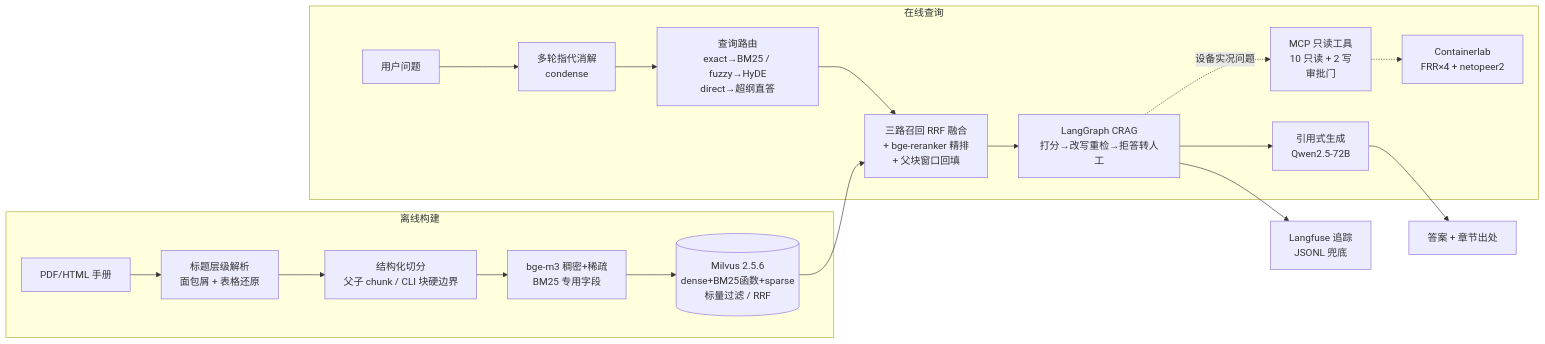
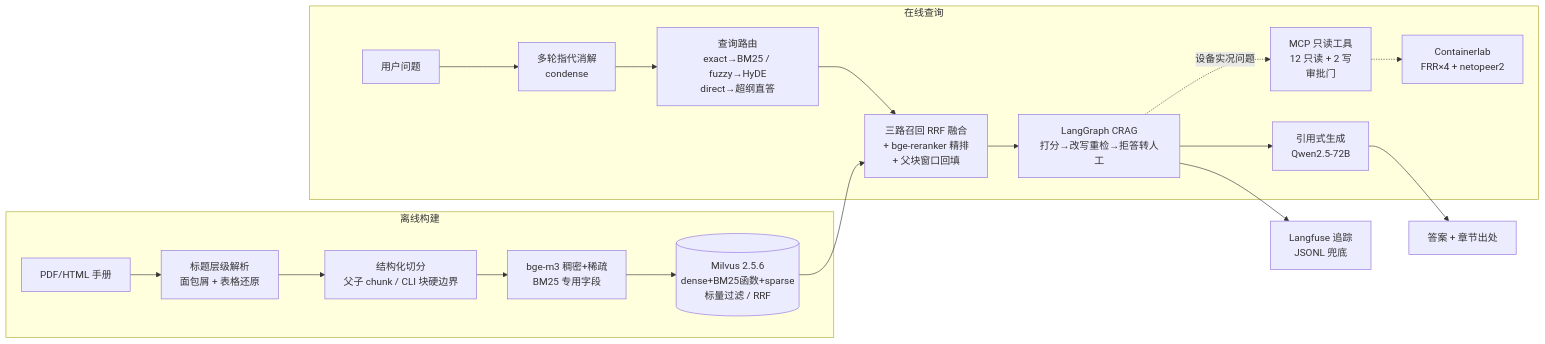
Before and after one commit to yrs-lplsy/netops-rag: the diagram in README.md, drawn with Mermaid. The commit also changed other lines of this file and 1 other file, not shown here.

Commit message:
docs: README工具数更新至14个（12读2写）+ 补MIT LICENSE文件

````diff
--- a/README.md
+++ b/README.md
@@ -9,21 +9,21 @@
 ```mermaid
 flowchart LR
     subgraph 离线构建
         A[PDF/HTML 手册] --> B[标题层级解析<br/>面包屑 + 表格还原]
         B --> C[结构化切分<br/>父子 chunk / CLI 块硬边界]
         C --> D[bge-m3 稠密+稀疏<br/>BM25 专用字段]
         D --> E[(Milvus 2.5.6<br/>dense+BM25函数+sparse<br/>标量过滤 / RRF)]
     end
     subgraph 在线查询
         Q[用户问题] --> F[多轮指代消解<br/>condense]
         F --> G[查询路由<br/>exact→BM25 / fuzzy→HyDE<br/>direct→超纲直答]
         G --> H[三路召回 RRF 融合<br/>+ bge-reranker 精排<br/>+ 父块窗口回填]
         H --> I[LangGraph CRAG<br/>打分→改写重检→拒答转人工]
         I --> J[引用式生成<br/>Qwen2.5-72B]
-        I -.设备实况问题.-> K[MCP 只读工具<br/>10 只读 + 2 写<br/>审批门]
+        I -.设备实况问题.-> K[MCP 只读工具<br/>12 只读 + 2 写<br/>审批门]
         K -.-> L[Containerlab<br/>FRR×4 + netopeer2]
     end
     E --> H
     J --> O[答案 + 章节出处]
     I --> P[Langfuse 追踪<br/>JSONL 兜底]
 ```
````
